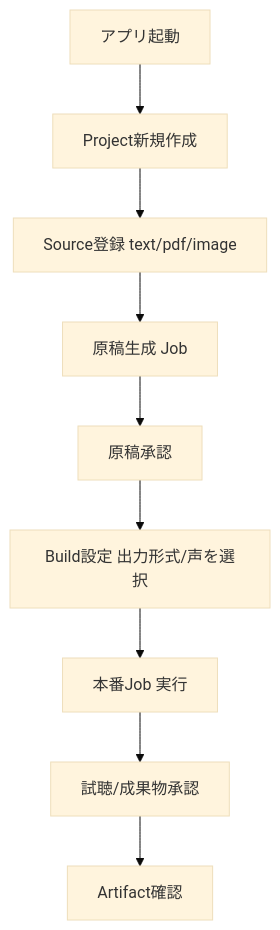
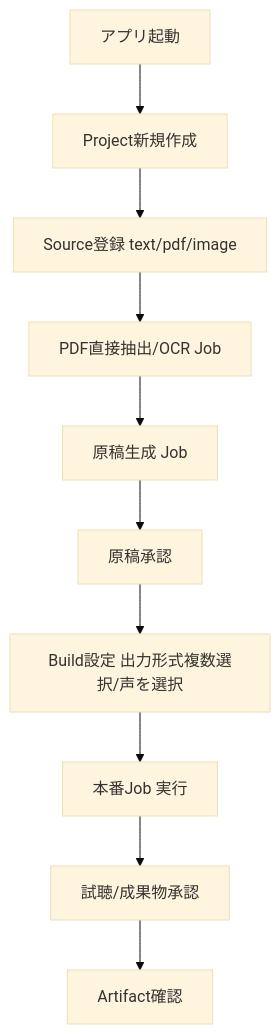
The diagram in docs/specifications/19-application-scope-and-mvp.md (w-abe3612/walkwise), drawn with Mermaid (base theme) before and after one commit. The commit also changed other lines of this file and 31 other files, not shown here.

````diff
--- a/docs/specifications/19-application-scope-and-mvp.md
+++ b/docs/specifications/19-application-scope-and-mvp.md
@@ -129,11 +161,12 @@
 ```mermaid
 flowchart TD
     A[アプリ起動] --> B[Project新規作成]
     B --> C[Source登録 text/pdf/image]
-    C --> D[原稿生成 Job]
-    D --> E[原稿承認]
-    E --> F[Build設定 出力形式/声を選択]
-    F --> G[本番Job 実行]
-    G --> H[試聴/成果物承認]
-    H --> I[Artifact確認]
+    C --> D[PDF直接抽出/OCR Job]
+    D --> E[原稿生成 Job]
+    E --> F[原稿承認]
+    F --> G[Build設定 出力形式複数選択/声を選択]
+    G --> H[本番Job 実行]
+    H --> I[試聴/成果物承認]
+    I --> J[Artifact確認]
 ```
````
